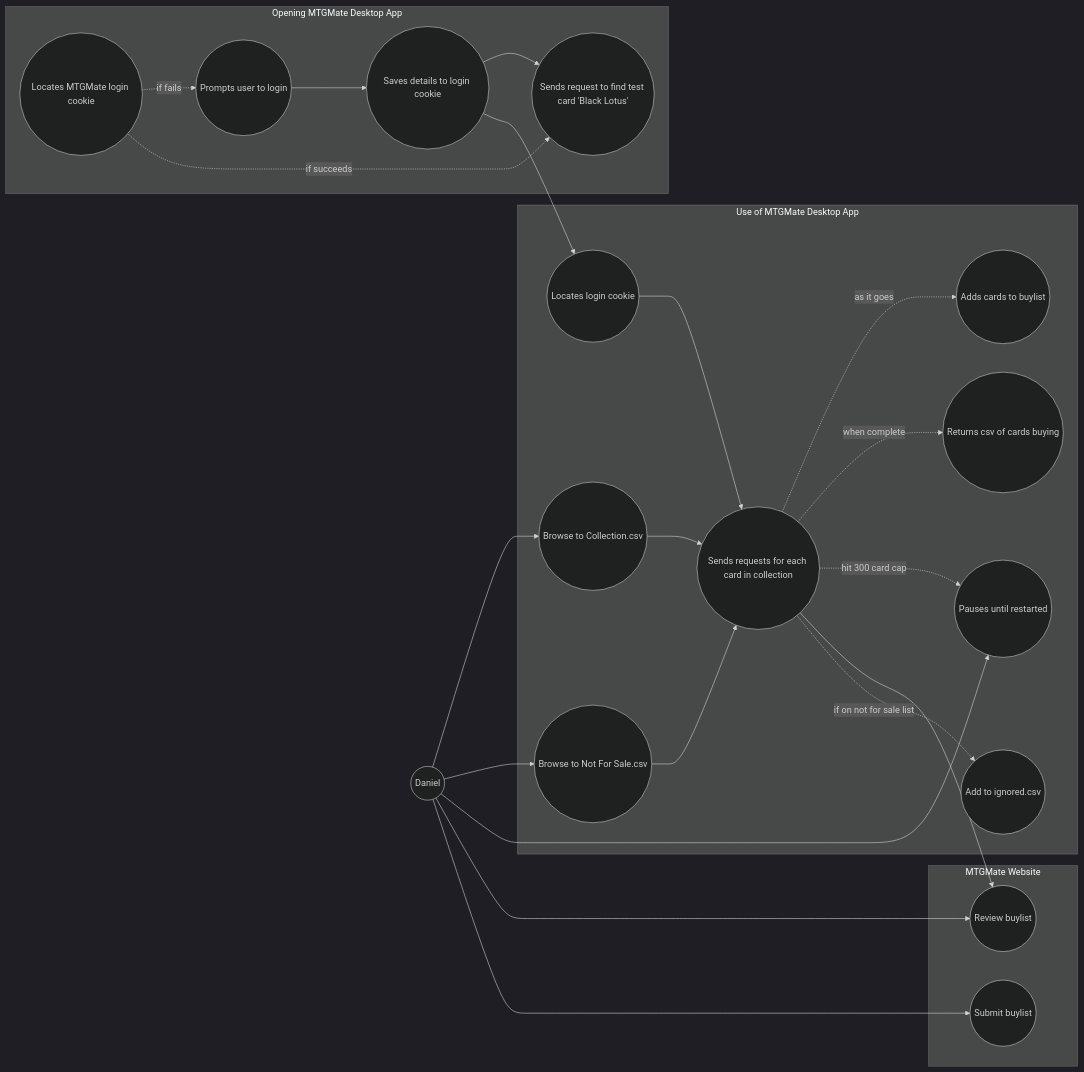
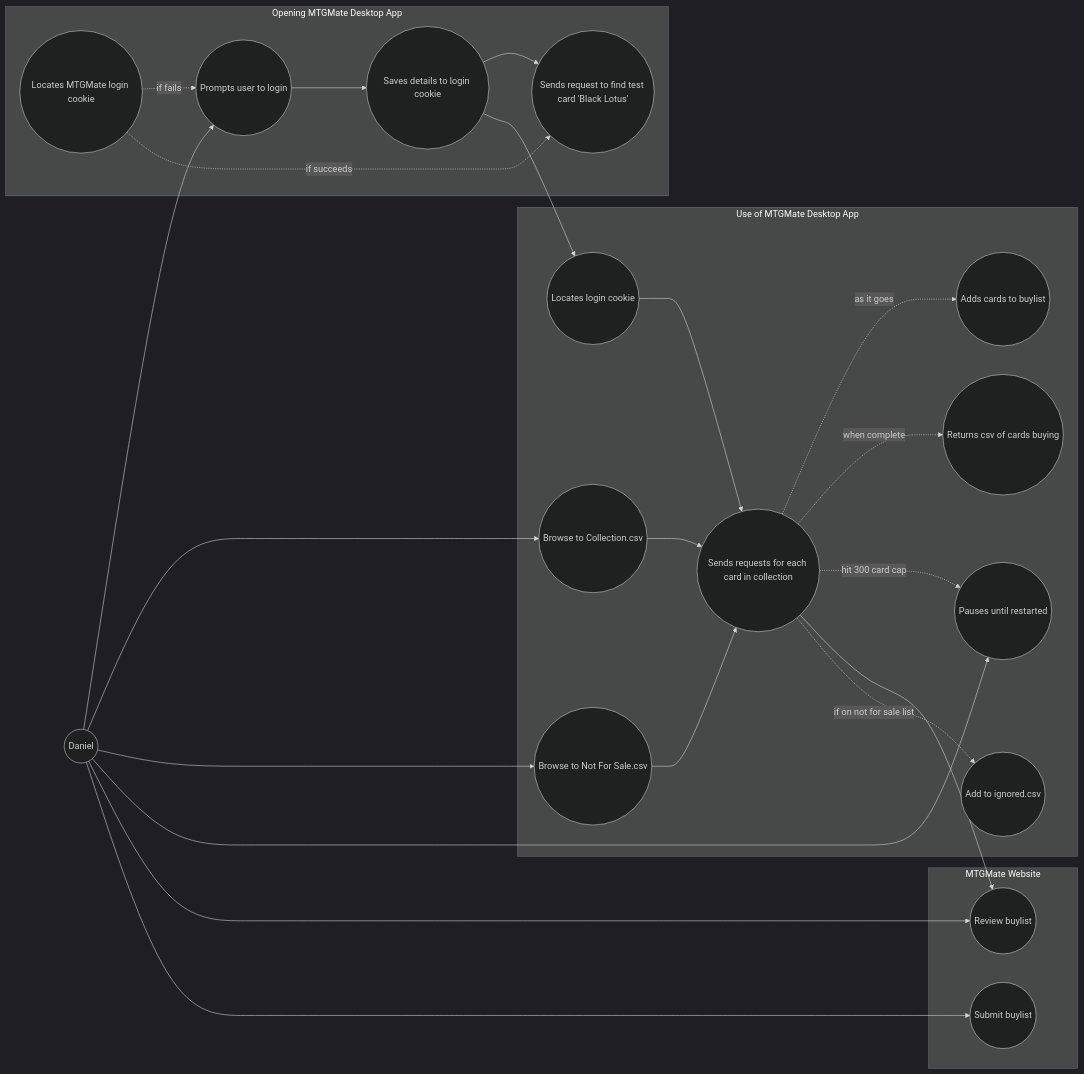
The diagram in docs/order of events for main use.md (brhyeton/MTGMate), drawn with Mermaid (dark theme) before and after one commit.

Commit message:
update use case diagram again

````diff
--- a/docs/order of events for main use.md
+++ b/docs/order of events for main use.md
@@ -3,48 +3,49 @@
 ```mermaid
 flowchart LR
     User(("Daniel"))
 
     subgraph Opening MTGMate Desktop App
         UC1(("Locates MTGMate login cookie"))
         UC2(("Prompts user to login"))
         UC13(("Saves details to login cookie"))
         UC4(("Sends request to find test card 'Black Lotus'"))
     end
 
     subgraph Use of MTGMate Desktop App
         UC3(("Browse to Collection.csv"))
         UC5(("Browse to Not For Sale.csv"))
         UC6(("Locates login cookie"))
         UC7(("Sends requests for each card in collection"))
         UC8(("Adds cards to buylist"))
         UC9(("Returns csv of cards buying"))
         UC10(("Pauses until restarted"))
         UC14(("Add to ignored.csv"))
     end
 
     subgraph MTGMate Website
         UC11(("Review buylist"))
         UC12(("Submit buylist"))
 
     end
 
     UC1 -.if fails.-> UC2
     UC2 --> UC13
     UC1 -.if succeeds.-> UC4
     UC13 --> UC4
     User --> UC3
     User --> UC5
+    User --> UC2
     UC6 --> UC7
     UC3 --> UC7
     UC5 --> UC7
     UC7 -.as it goes.-> UC8
     UC7 -.when complete.-> UC9
     UC7 -.hit 300 card cap.-> UC10
     UC7 --> UC11
     User --> UC10
     User --> UC11
     User --> UC12
     UC13 --> UC6
     UC7 -.if on not for sale list.-> UC14
 
 ```
````
